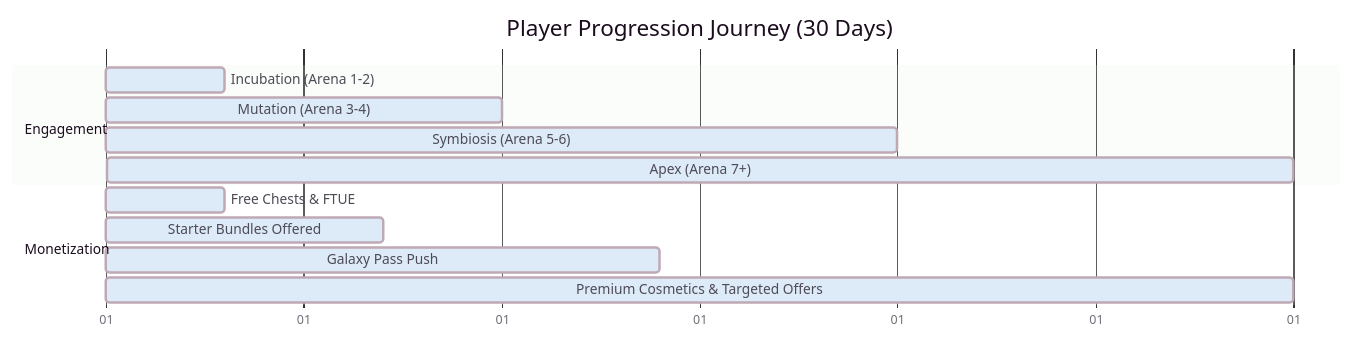
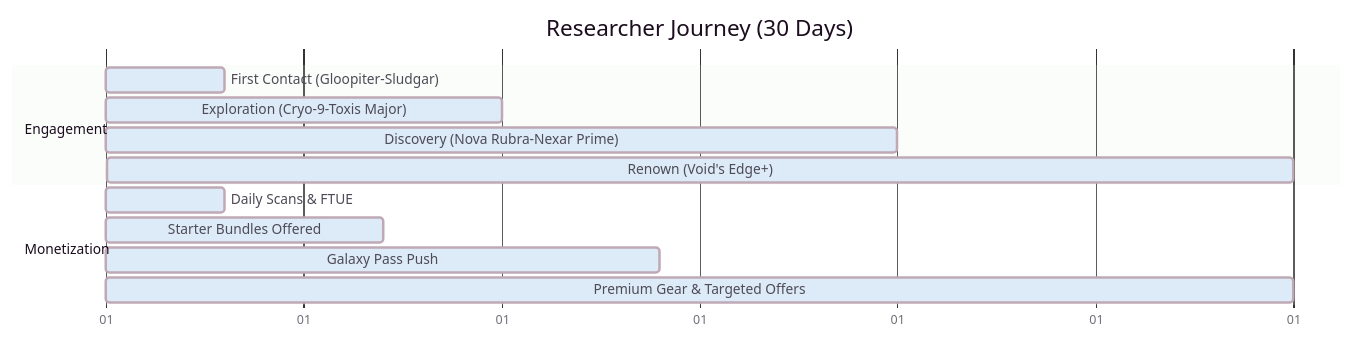
The diagram in .docs/GDD/04_Economy_and_Monetization.md (unknown-studios-code/goo-galaxy), drawn with Mermaid before and after one commit. The commit also changed other lines of this file and 20 other files, not shown here.

````diff
--- a/.docs/GDD/04_Economy_and_Monetization.md
+++ b/.docs/GDD/04_Economy_and_Monetization.md
@@ -148,19 +113,19 @@
 ```mermaid
 %%{init: {"theme":"base","themeVariables":{"primaryColor":"#F7E1E8","secondaryColor":"#DCEBF7","tertiaryColor":"#E4F3E1","primaryBorderColor":"#BFA9B5","lineColor":"#A8B6C8","primaryTextColor":"#4E4A57","clusterBkg":"#FAF5EA","clusterBorder":"#CDBFAF","edgeLabelBackground":"#FFF9F2","noteBkgColor":"#F7F1FA","noteTextColor":"#4E4A57","taskBkgColor":"#DCEBF7","taskTextColor":"#4E4A57","taskTextOutsideColor":"#4E4A57","sectionBkgColor":"#E4F3E1","sectionBorderColor":"#BCD0B9","gridColor":"#E8DDD3","todayLineColor":"#C7A7B5","actorBkg":"#F7E1E8","actorBorder":"#BFA9B5","actorTextColor":"#4E4A57","signalColor":"#A8B6C8","signalTextColor":"#4E4A57","labelBoxBkgColor":"#FFF9F2","labelBoxBorderColor":"#CDBFAF","labelTextColor":"#4E4A57"}}}%%
 gantt
-    title Player Progression Journey (30 Days)
+    title Researcher Journey (30 Days)
     dateFormat X
     axisFormat %d
 
     section Engagement
-    Incubation (Arena 1-2)    :a1, 0, 3
-    Mutation (Arena 3-4)      :a2, 3, 10
-    Symbiosis (Arena 5-6)     :a3, 10, 20
-    Apex (Arena 7+)           :a4, 20, 30
+    First Contact (Gloopiter-Sludgar)  :a1, 0, 3
+    Exploration (Cryo-9-Toxis Major)   :a2, 3, 10
+    Discovery (Nova Rubra-Nexar Prime) :a3, 10, 20
+    Renown (Void's Edge+)             :a4, 20, 30
 
     section Monetization
-    Free Chests & FTUE        :m1, 0, 3
-    Starter Bundles Offered   :m2, 3, 7
-    Galaxy Pass Push          :m3, 7, 14
-    Premium Cosmetics & Targeted Offers :m4, 14, 30
+    Daily Scans & FTUE                 :m1, 0, 3
+    Starter Bundles Offered            :m2, 3, 7
+    Galaxy Pass Push                   :m3, 7, 14
+    Premium Gear & Targeted Offers     :m4, 14, 30
 ```
````
